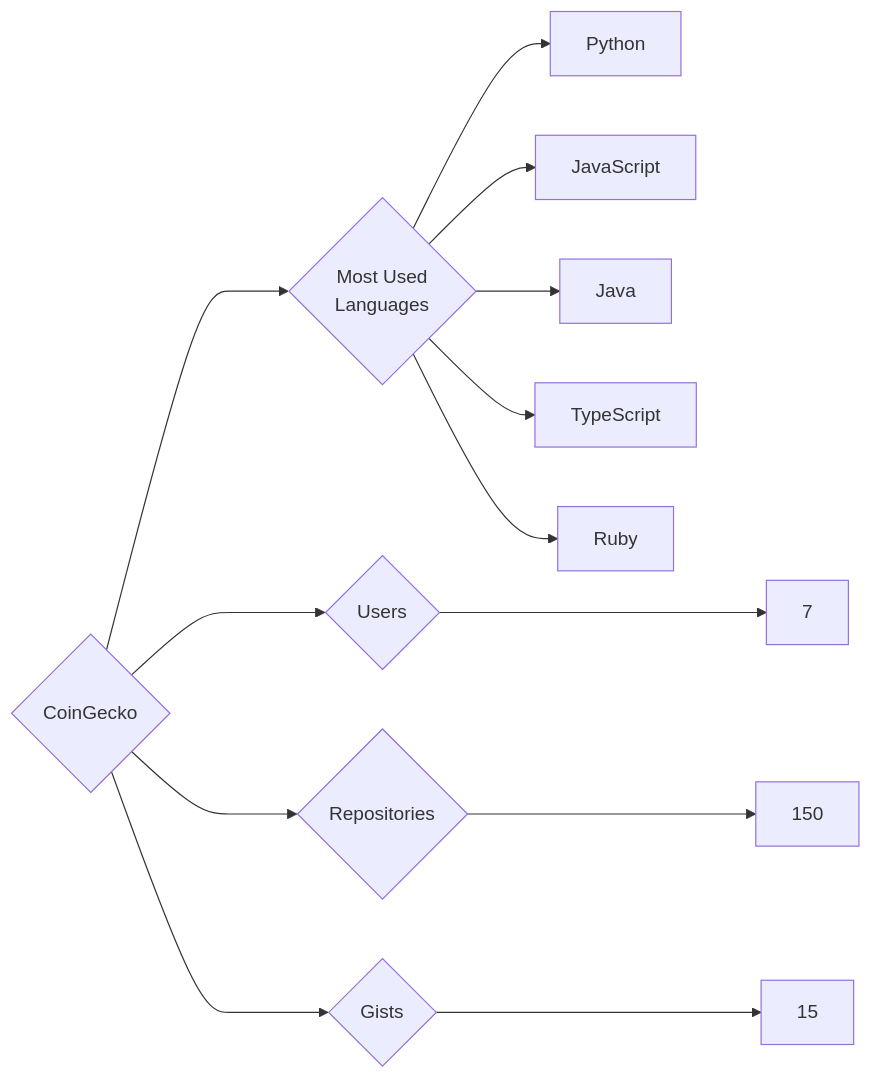
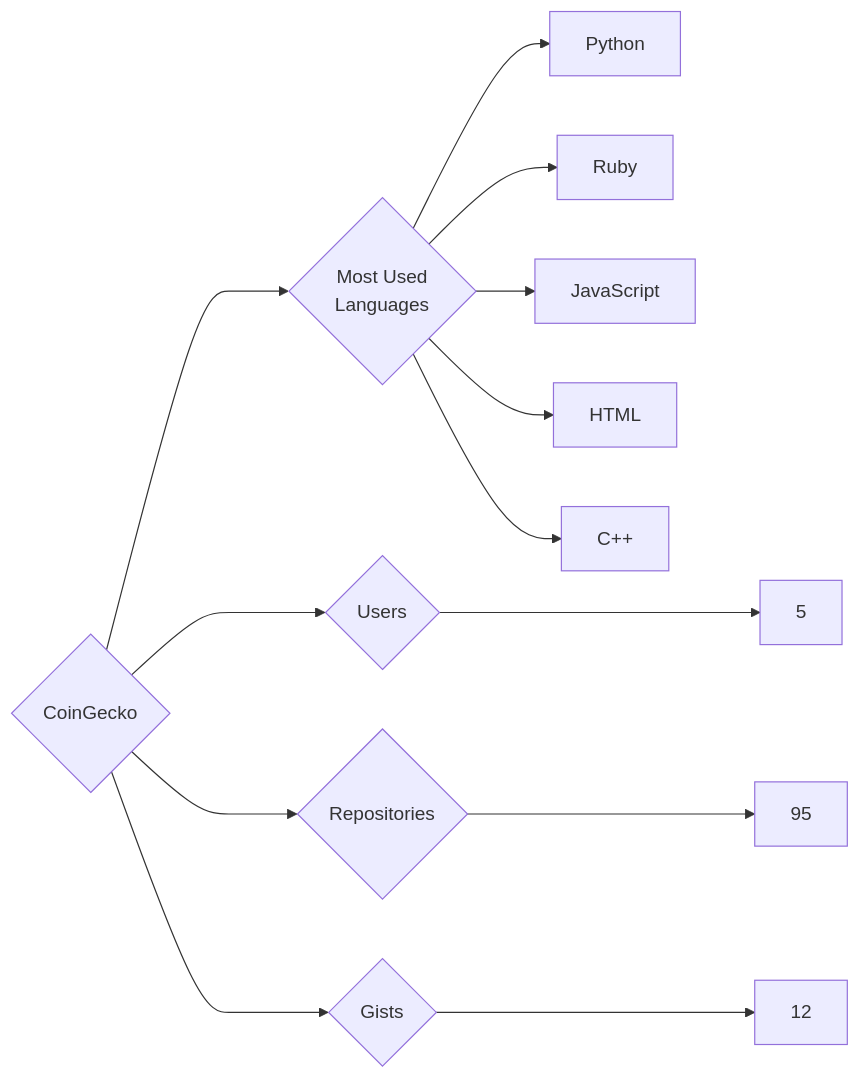
Before and after one commit to trickest/insiders: the diagram in targets/CoinGecko/README.md, drawn with Mermaid. The commit also changed 1030 other files, not shown here.

````diff
--- a/targets/CoinGecko/README.md
+++ b/targets/CoinGecko/README.md
@@ -3,13 +3,13 @@
 ```mermaid
 graph LR
 COMPANY_NAME{CoinGecko}
-COMPANY_NAME ---> U{Users} ---> UN[7]
-COMPANY_NAME ---> R{Repositories} ---> RN[150]
-COMPANY_NAME ---> G{Gists} ---> GN[15]
+COMPANY_NAME ---> U{Users} ---> UN[5]
+COMPANY_NAME ---> R{Repositories} ---> RN[95]
+COMPANY_NAME ---> G{Gists} ---> GN[12]
 COMPANY_NAME ---> ML{Most Used<br>Languages}
 ML --> Python[Python]
+ML --> Ruby[Ruby]
 ML --> JavaScript[JavaScript]
-ML --> Java[Java]
-ML --> TypeScript[TypeScript]
-ML --> Ruby[Ruby]
+ML --> HTML[HTML]
+ML --> C++[C++]
 ```
````
